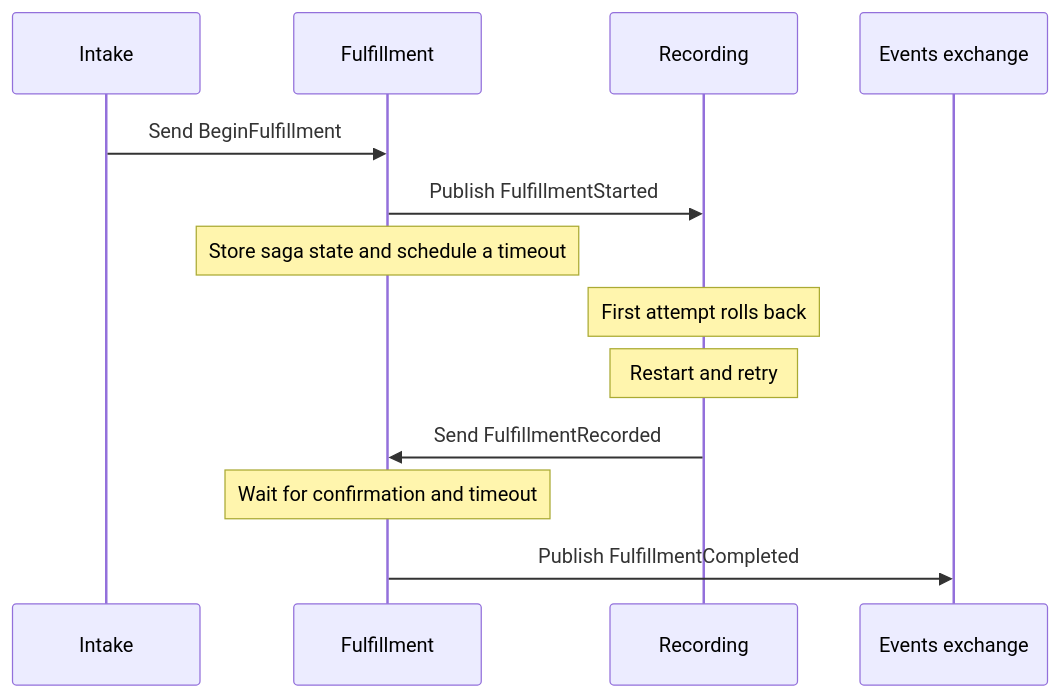
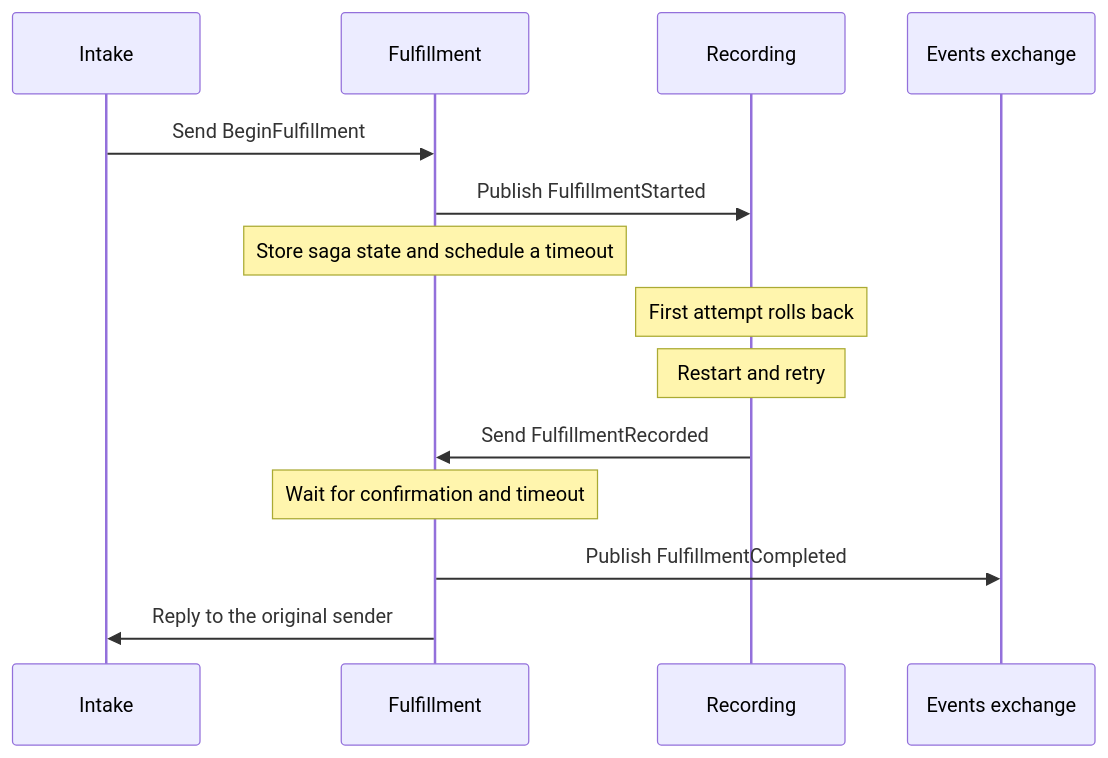
The diagram in docs/order-workflow.md (vivainio/bq), drawn with Mermaid before and after one commit. The commit also changed other lines of this file and 6 other files, not shown here.

````diff
--- a/docs/order-workflow.md
+++ b/docs/order-workflow.md
@@ -7,15 +7,16 @@
 ```mermaid
 sequenceDiagram
     participant I as Intake
     participant F as Fulfillment
     participant R as Recording
     participant E as Events exchange
     I->>F: Send BeginFulfillment
     F->>R: Publish FulfillmentStarted
     Note over F: Store saga state and schedule a timeout
     Note over R: First attempt rolls back
     Note over R: Restart and retry
     R->>F: Send FulfillmentRecorded
     Note over F: Wait for confirmation and timeout
     F->>E: Publish FulfillmentCompleted
+    F->>I: Reply to the original sender
 ```
````
